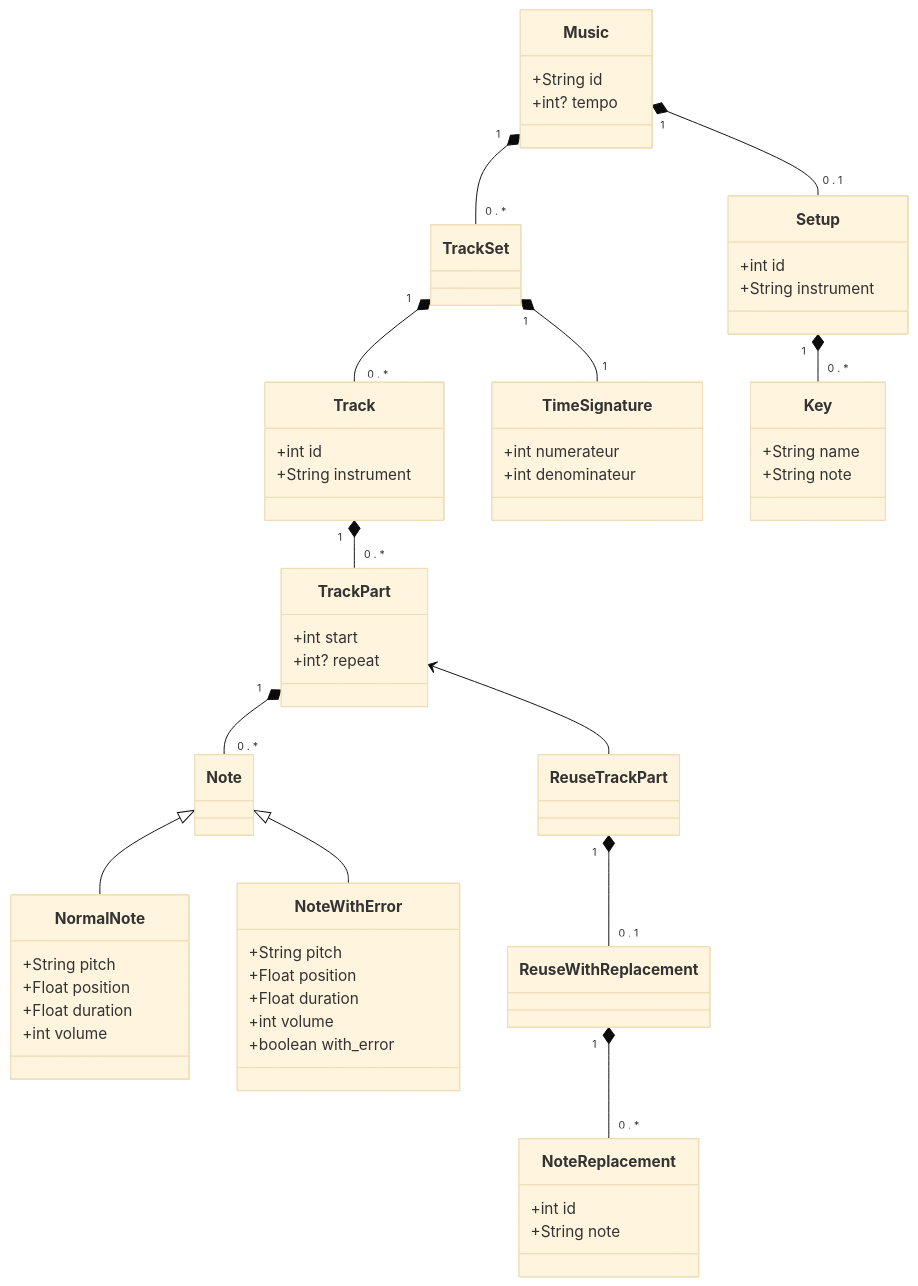
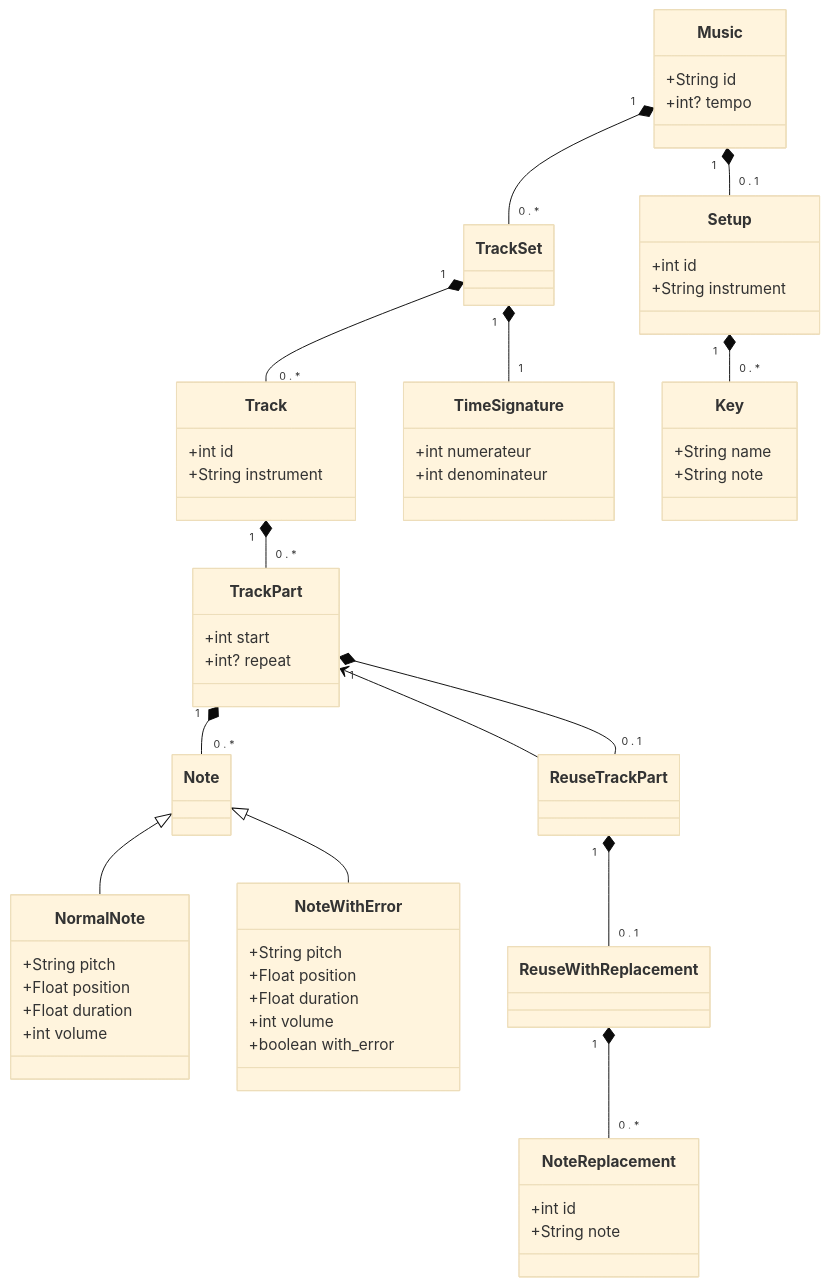
The diagram in README.md (Jules-Prince/musicae), drawn with Mermaid (base theme) before and after one commit.

```diff
--- a/README.md
+++ b/README.md
@@ -44,6 +44,7 @@
     ReuseTrackPart "1" *-- "0 . 1" ReuseWithReplacement
     ReuseWithReplacement "1" *-- "0 . *" NoteReplacement
     TrackPart <-- ReuseTrackPart
+    TrackPart "1" *-- "0 . 1"ReuseTrackPart
 
     class Music{
       +String id
```
